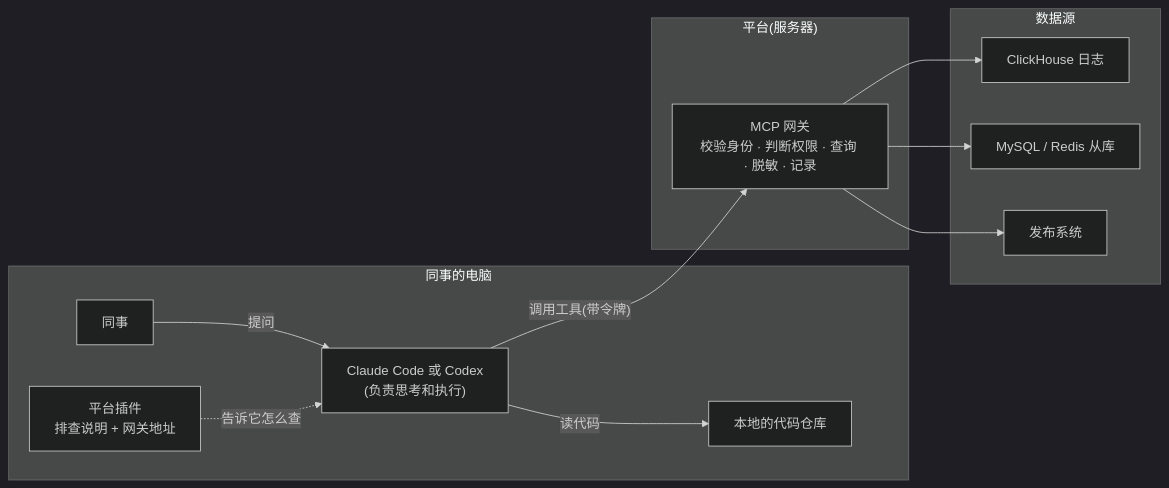
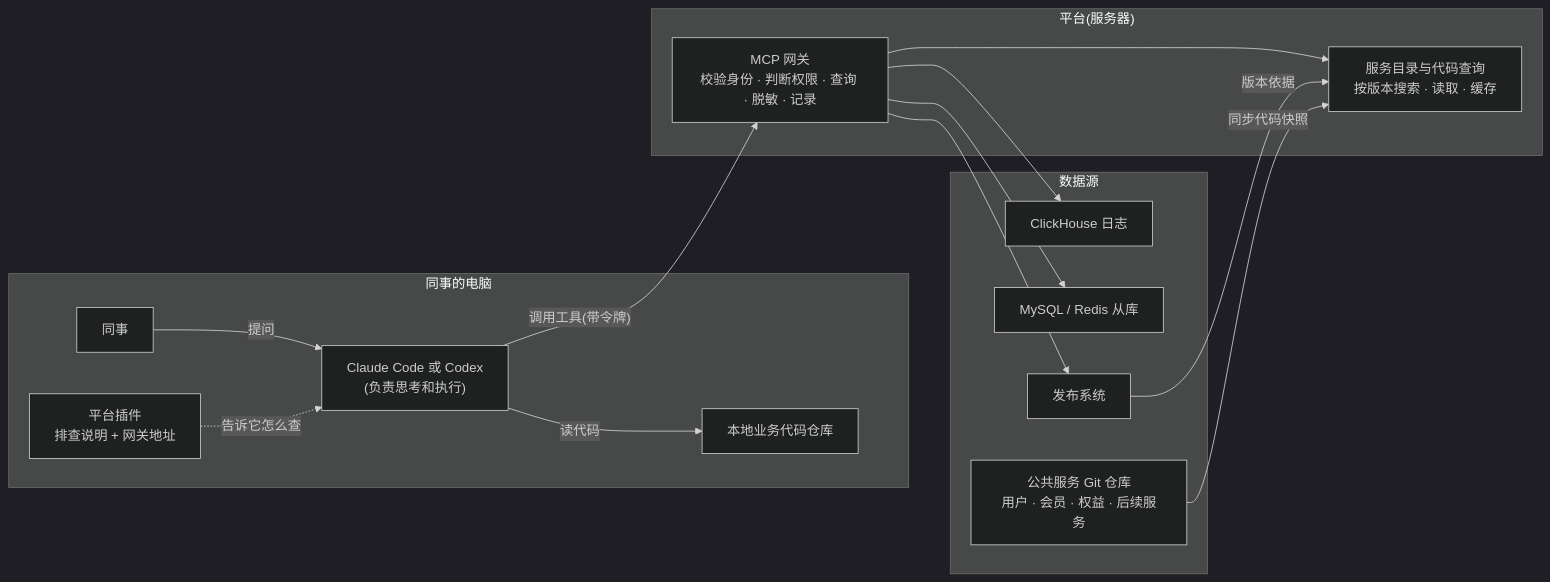
One commit to Sam-BIGUncle/AI_agent changed the first of 8 diagrams in docs/claude-design/09-插件.md. Above: the diagram before and after it, drawn with Mermaid (dark theme). The commit also changed other lines of this file and 29 other files, not shown here.

````diff
--- a/docs/claude-design/09-插件.md
+++ b/docs/claude-design/09-插件.md
@@ -18,24 +21,29 @@
 ```mermaid
 flowchart LR
   subgraph PC["同事的电脑"]
     U["同事"]
     AG["Claude Code 或 Codex<br/>(负责思考和执行)"]
     PL["平台插件<br/>排查说明 + 网关地址"]
-    REPO["本地的代码仓库"]
+    REPO["本地业务代码仓库"]
   end
   subgraph SRV["平台(服务器)"]
     GW["MCP 网关<br/>校验身份 · 判断权限 · 查询 · 脱敏 · 记录"]
+    CODE["服务目录与代码查询<br/>按版本搜索 · 读取 · 缓存"]
   end
   subgraph DS["数据源"]
     CH["ClickHouse 日志"]
     DB["MySQL / Redis 从库"]
     CD["发布系统"]
+    GIT["公共服务 Git 仓库<br/>用户 · 会员 · 权益 · 后续服务"]
   end
   U -->|"提问"| AG
   PL -.->|"告诉它怎么查"| AG
   AG -->|"读代码"| REPO
   AG -->|"调用工具(带令牌)"| GW
   GW --> CH
   GW --> DB
   GW --> CD
+  GW --> CODE
+  CD -->|"版本依据"| CODE
+  GIT -->|"同步代码快照"| CODE
 ```
````
